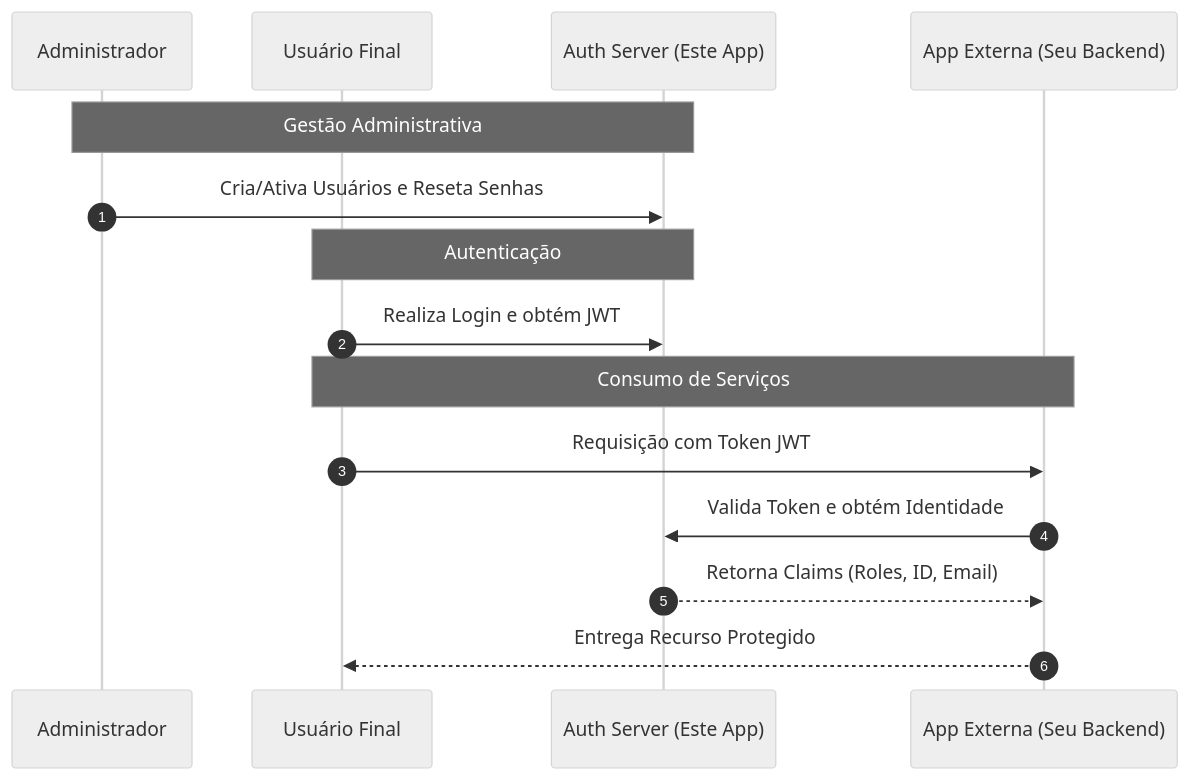
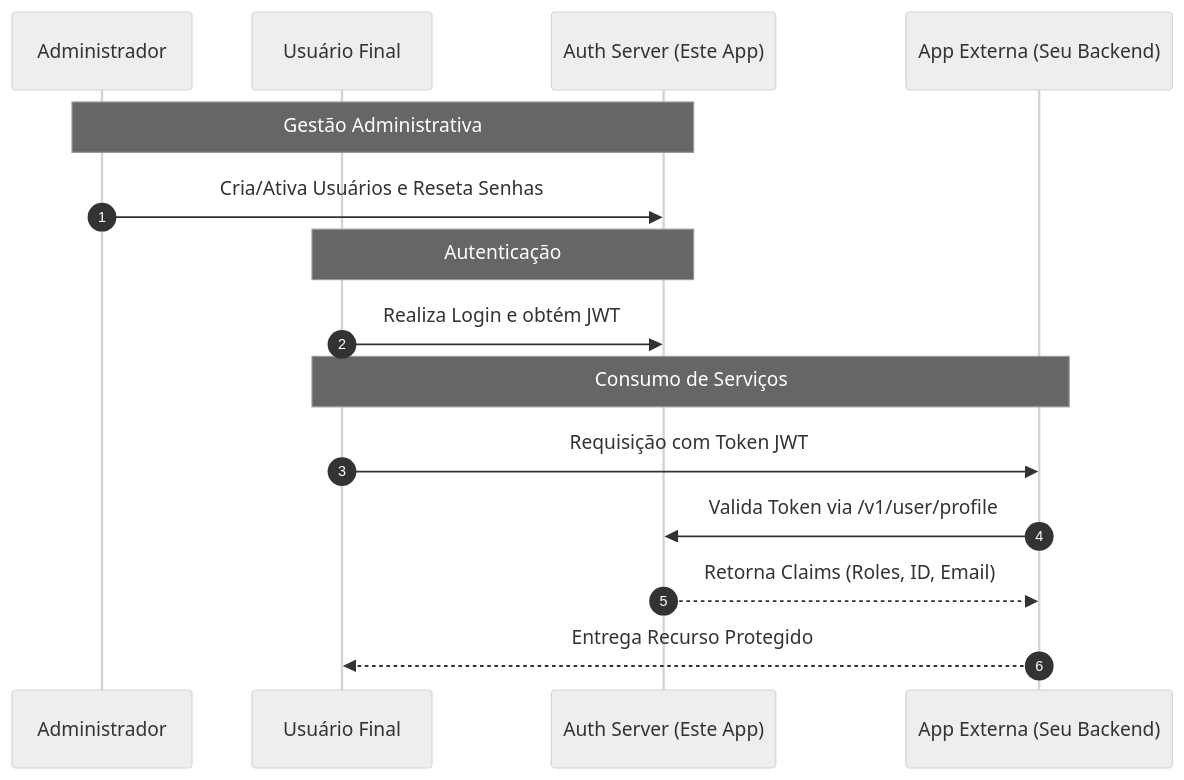
The first of 6 diagrams in README.md (secexpessoal/auth-server), drawn with Mermaid (neutral theme) before and after one commit. The commit also changed other lines of this file, not shown here.

````diff
--- a/README.md
+++ b/README.md
@@ -20,20 +20,20 @@
 ```mermaid
 sequenceDiagram
     autonumber
     participant Admin as Administrador
     participant User as Usuário Final
     participant Auth as Auth Server (Este App)
     participant Ext as App Externa (Seu Backend)
 
     Note over Admin, Auth: Gestão Administrativa
     Admin->>Auth: Cria/Ativa Usuários e Reseta Senhas
 
     Note over User, Auth: Autenticação
     User->>Auth: Realiza Login e obtém JWT
 
     Note over User, Ext: Consumo de Serviços
     User->>Ext: Requisição com Token JWT
-    Ext->>Auth: Valida Token e obtém Identidade
+    Ext->>Auth: Valida Token via /v1/user/profile
     Auth-->>Ext: Retorna Claims (Roles, ID, Email)
     Ext-->>User: Entrega Recurso Protegido
 ```
````
